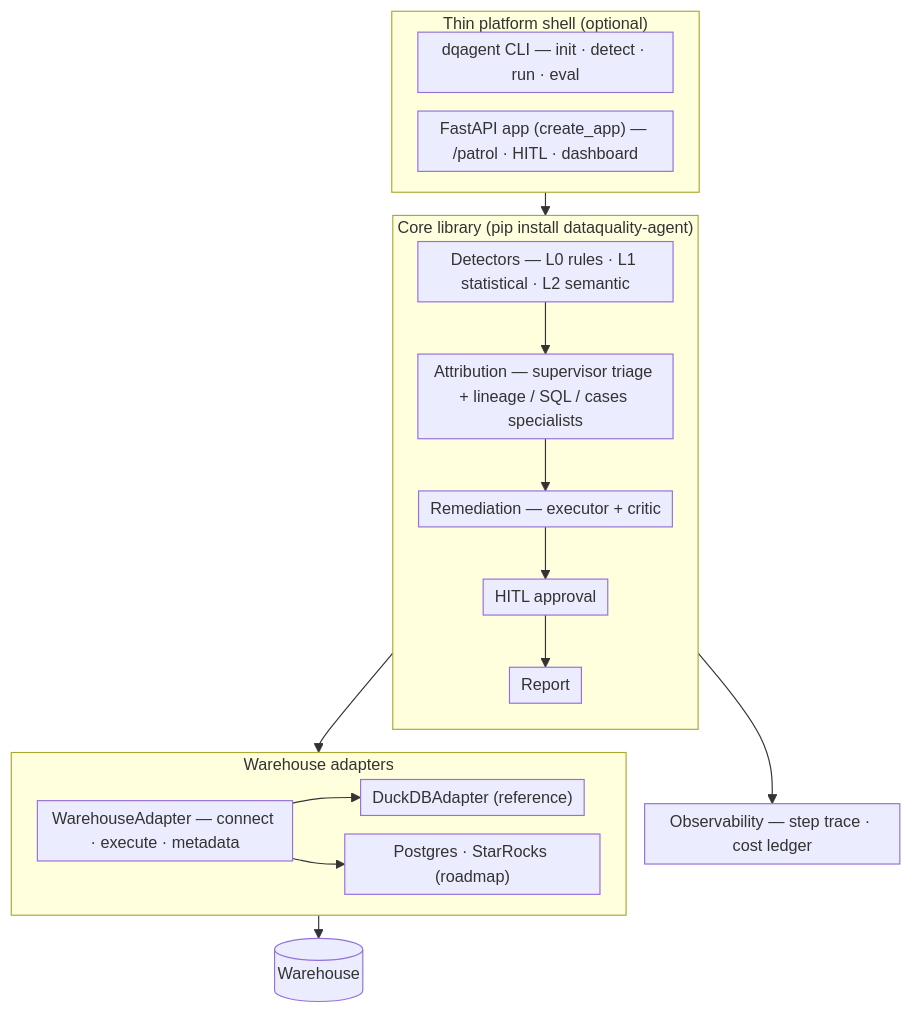
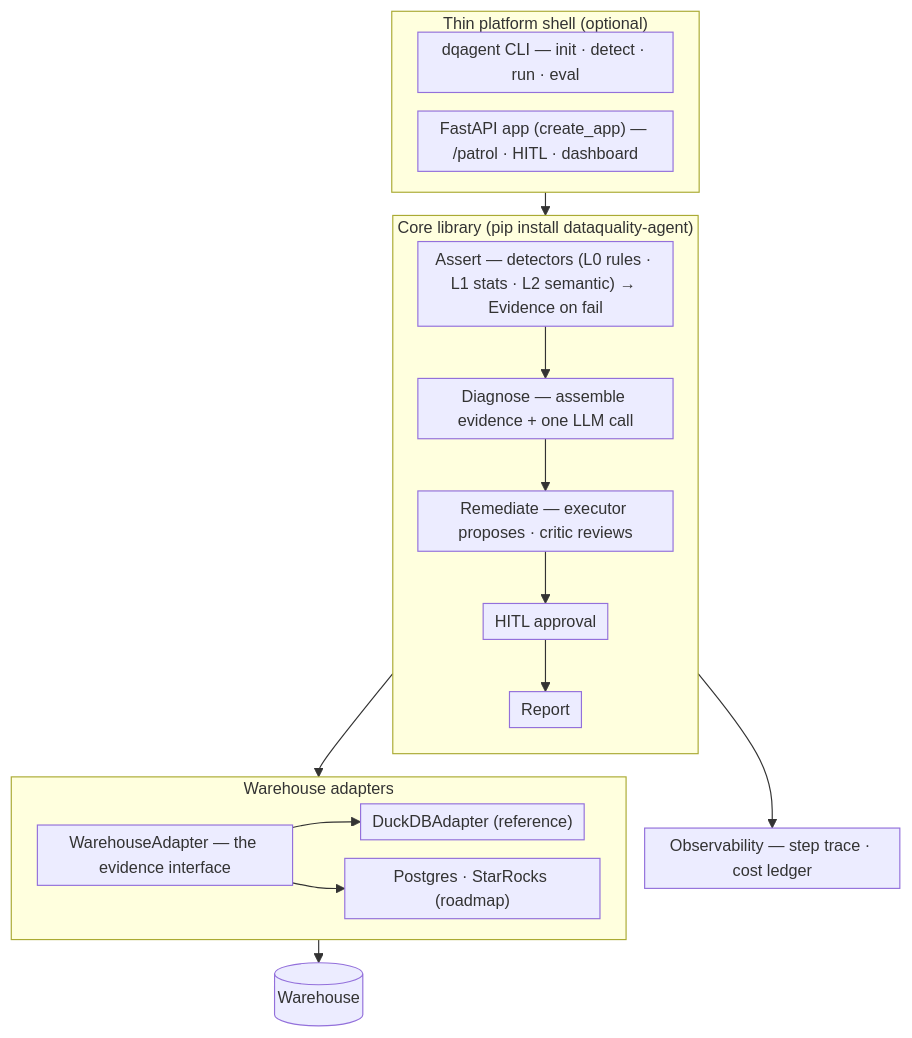
The diagram in website/docs/concepts/architecture.md (wanghesong2019/dataquality-agent), drawn with Mermaid before and after one commit. The commit also changed other lines of this file and 25 other files, not shown here.

````diff
--- a/website/docs/concepts/architecture.md
+++ b/website/docs/concepts/architecture.md
@@ -11,33 +11,33 @@
 ```mermaid
 %%{init: {"themeVariables": {"fontSize": "14px"}, "flowchart": {"nodeSpacing": 16, "rankSpacing": 20, "padding": 5}}}%%
 flowchart TD
     subgraph Shell["Thin platform shell (optional)"]
         CLI["dqagent CLI — init · detect · run · eval"]
         Serve["FastAPI app (create_app) — /patrol · HITL · dashboard"]
     end
 
     subgraph Core["Core library (pip install dataquality-agent)"]
         direction TB
-        Det["Detectors — L0 rules · L1 statistical · L2 semantic"]
-        Attr["Attribution — supervisor triage + lineage / SQL / cases specialists"]
-        Rem["Remediation — executor + critic"]
+        Assert["Assert — detectors (L0 rules · L1 stats · L2 semantic) → Evidence on fail"]
+        Diag["Diagnose — assemble evidence + one LLM call"]
+        Rem["Remediate — executor proposes · critic reviews"]
         Hitl["HITL approval"]
         Rep["Report"]
-        Det --> Attr --> Rem --> Hitl --> Rep
+        Assert --> Diag --> Rem --> Hitl --> Rep
     end
 
     subgraph Adapters["Warehouse adapters"]
-        WA["WarehouseAdapter — connect · execute · metadata"]
+        WA["WarehouseAdapter — the evidence interface"]
         Duck["DuckDBAdapter (reference)"]
         Future["Postgres · StarRocks (roadmap)"]
     end
 
     Obs["Observability — step trace · cost ledger"]
 
     Shell --> Core
     Core --> Adapters
     Core --> Obs
     WA --> Duck
     WA --> Future
     Adapters --> DB[("Warehouse")]
 ```
````
